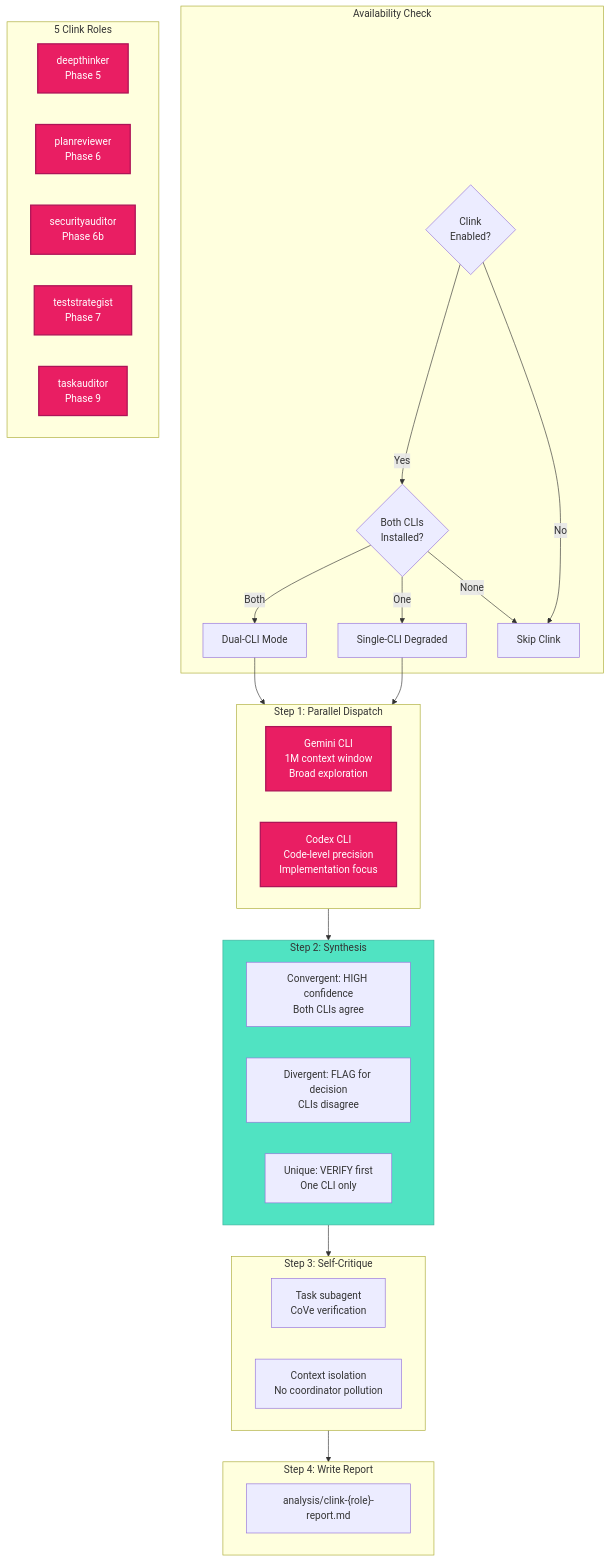
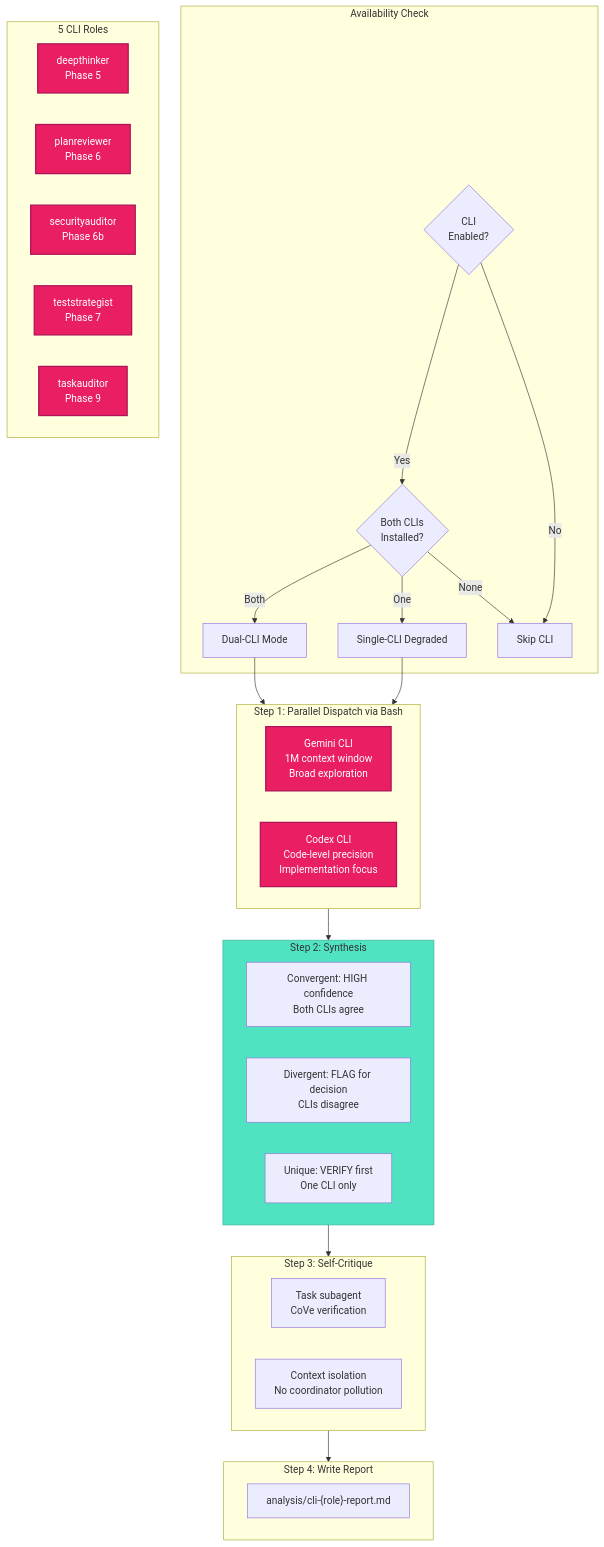
Before and after one commit to g3nx89/carlas-pantry: the fifth of 11 diagrams in plugins/product-planning/docs/workflow-diagram.md, drawn with Mermaid. The commit also changed other lines of this file and 33 other files, not shown here.

First line of the commit message:
🔄 migrate(product-planning): CLI dispatch migration — replace PAL clink MCP with Bash process-group dispatch

````diff
--- a/plugins/product-planning/docs/workflow-diagram.md
+++ b/plugins/product-planning/docs/workflow-diagram.md
@@ -402,56 +402,56 @@
 ```mermaid
 flowchart TB
-    classDef clink fill:#E91E63,stroke:#AD1457,color:#fff,stroke-width:2px
+    classDef cli fill:#E91E63,stroke:#AD1457,color:#fff,stroke-width:2px
     classDef synthesis fill:#50E3C2,stroke:#3BB09A,color:#333,stroke-width:1px
 
     subgraph CHECK["Availability Check"]
-        CK1{"Clink<br/>Enabled?"}
+        CK1{"CLI<br/>Enabled?"}
         CK2{"Both CLIs<br/>Installed?"}
         CK3["Dual-CLI Mode"]
         CK4["Single-CLI Degraded"]
-        CK5["Skip Clink"]
+        CK5["Skip CLI"]
 
         CK1 -->|Yes| CK2
         CK1 -->|No| CK5
         CK2 -->|Both| CK3
         CK2 -->|One| CK4
         CK2 -->|None| CK5
     end
 
-    subgraph DISPATCH["Step 1: Parallel Dispatch"]
+    subgraph DISPATCH["Step 1: Parallel Dispatch via Bash"]
         direction LR
         G["Gemini CLI<br/>1M context window<br/>Broad exploration"]
         C["Codex CLI<br/>Code-level precision<br/>Implementation focus"]
     end
 
     subgraph SYNTH["Step 2: Synthesis"]
         SY1["Convergent: HIGH confidence<br/>Both CLIs agree"]
         SY2["Divergent: FLAG for decision<br/>CLIs disagree"]
         SY3["Unique: VERIFY first<br/>One CLI only"]
     end
 
     subgraph CRITIQUE["Step 3: Self-Critique"]
         CR1["Task subagent<br/>CoVe verification"]
         CR2["Context isolation<br/>No coordinator pollution"]
     end
 
     subgraph REPORT["Step 4: Write Report"]
-        RP["analysis/clink-{role}-report.md"]
+        RP["analysis/cli-{role}-report.md"]
     end
 
-    subgraph ROLES["5 Clink Roles"]
+    subgraph ROLES["5 CLI Roles"]
         direction LR
         R1["deepthinker<br/>Phase 5"]
         R2["planreviewer<br/>Phase 6"]
         R3["securityauditor<br/>Phase 6b"]
         R4["teststrategist<br/>Phase 7"]
         R5["taskauditor<br/>Phase 9"]
     end
 
     CK3 --> DISPATCH
     CK4 --> DISPATCH
     DISPATCH --> SYNTH --> CRITIQUE --> REPORT
 
-    class G,C,R1,R2,R3,R4,R5 clink
+    class G,C,R1,R2,R3,R4,R5 cli
     class SYNTH synthesis
 ```
````
